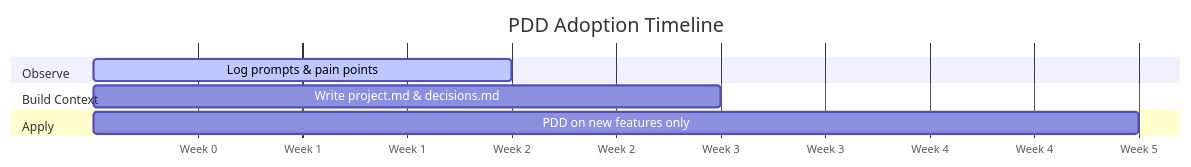
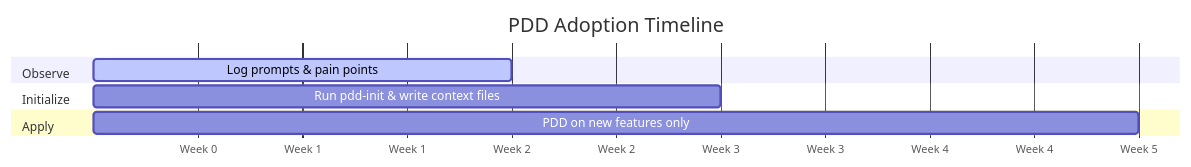
Before and after one commit to harshal2802/pdd-skill: the fifth of 5 diagrams in docs/philosophy.md, drawn with Mermaid. The commit also changed other lines of this file, not shown here.

Commit message:
Reference pdd-init in philosophy.md existing-project section
The "Integrating Into an Existing Project" section now mentions
the Init workflow as the recommended starting point instead of
a purely manual setup process.

````diff
--- a/docs/philosophy.md
+++ b/docs/philosophy.md
@@ -212,15 +212,15 @@
 ```mermaid
 gantt
     title PDD Adoption Timeline
     dateFormat X
     axisFormat Week %s
 
     section Observe
         Log prompts & pain points           :active, w1, 1, 2
 
-    section Build Context
-        Write project.md & decisions.md     :w2, 2, 3
+    section Initialize
+        Run pdd-init & write context files  :w2, 2, 3
 
     section Apply
         PDD on new features only            :w3, 3, 5
 ```
````
